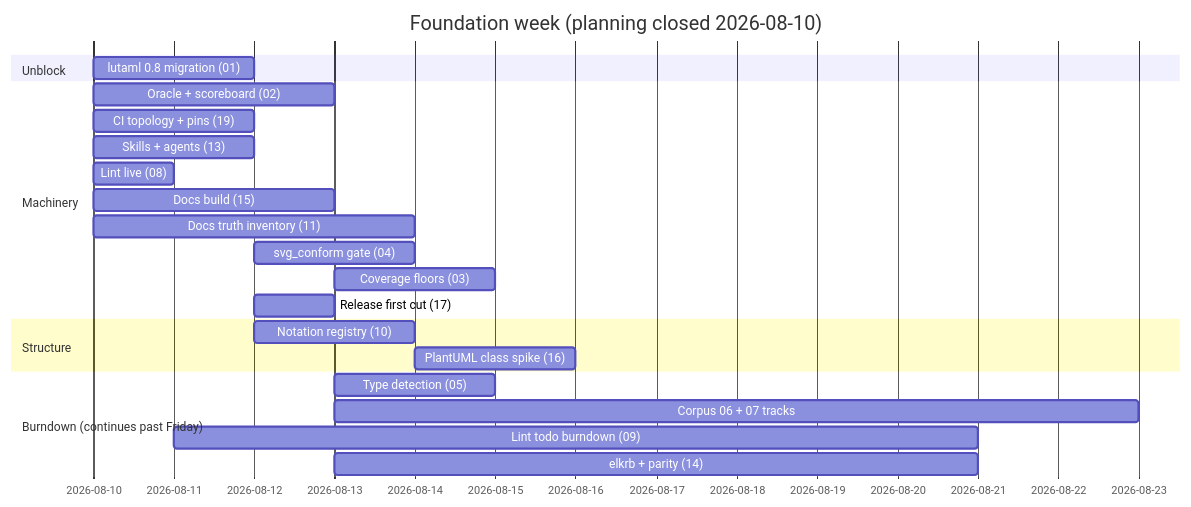
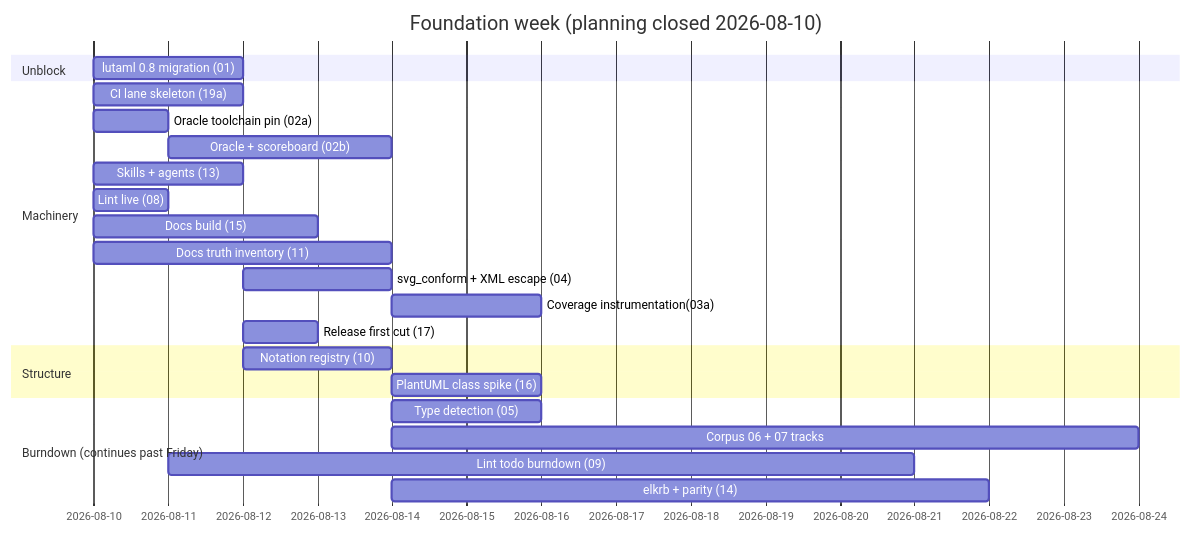
Before and after one commit to claricle/sirena: the first of 2 diagrams in TODO.foundation/00-overview.md, drawn with Mermaid. The commit also changed other lines of this file and 18 other files, not shown here.

````diff
--- a/TODO.foundation/00-overview.md
+++ b/TODO.foundation/00-overview.md
@@ -13,25 +18,26 @@
 ```mermaid
 gantt
     dateFormat  YYYY-MM-DD
     title Foundation week (planning closed 2026-08-10)
     section Unblock
     lutaml 0.8 migration (01)    :i01, 2026-08-10, 2d
     section Machinery
-    Oracle + scoreboard (02)     :i02, 2026-08-10, 3d
-    CI topology + pins (19)      :i19, 2026-08-10, 2d
+    CI lane skeleton (19a)       :i19a, 2026-08-10, 2d
+    Oracle toolchain pin (02a)   :i02a, 2026-08-10, 1d
+    Oracle + scoreboard (02b)    :i02, after i02a, 3d
     Skills + agents (13)         :i13, 2026-08-10, 2d
     Lint live (08)               :i08, 2026-08-10, 1d
     Docs build (15)              :i15, 2026-08-10, 3d
     Docs truth inventory (11)    :i11, 2026-08-10, 4d
-    svg_conform gate (04)        :i04, after i01, 2d
-    Coverage floors (03)         :i03, after i02, 2d
-    Release first cut (17)       :i17, after i01, 1d
+    svg_conform + XML escape (04):i04, after i01, 2d
+    Coverage instrumentation(03a):i03, after i02, 2d
+    Release first cut (17)       :i17, after i01 i19a, 1d
     section Structure
     Notation registry (10)       :i10, after i01, 2d
     PlantUML class spike (16)    :i16, after i10, 2d
     section Burndown (continues past Friday)
     Type detection (05)          :i05, after i02, 2d
     Corpus 06 + 07 tracks        :i06, after i02, 10d
     Lint todo burndown (09)      :i09, after i08, 10d
     elkrb + parity (14)          :i14, after i02, 8d
 ```
````
